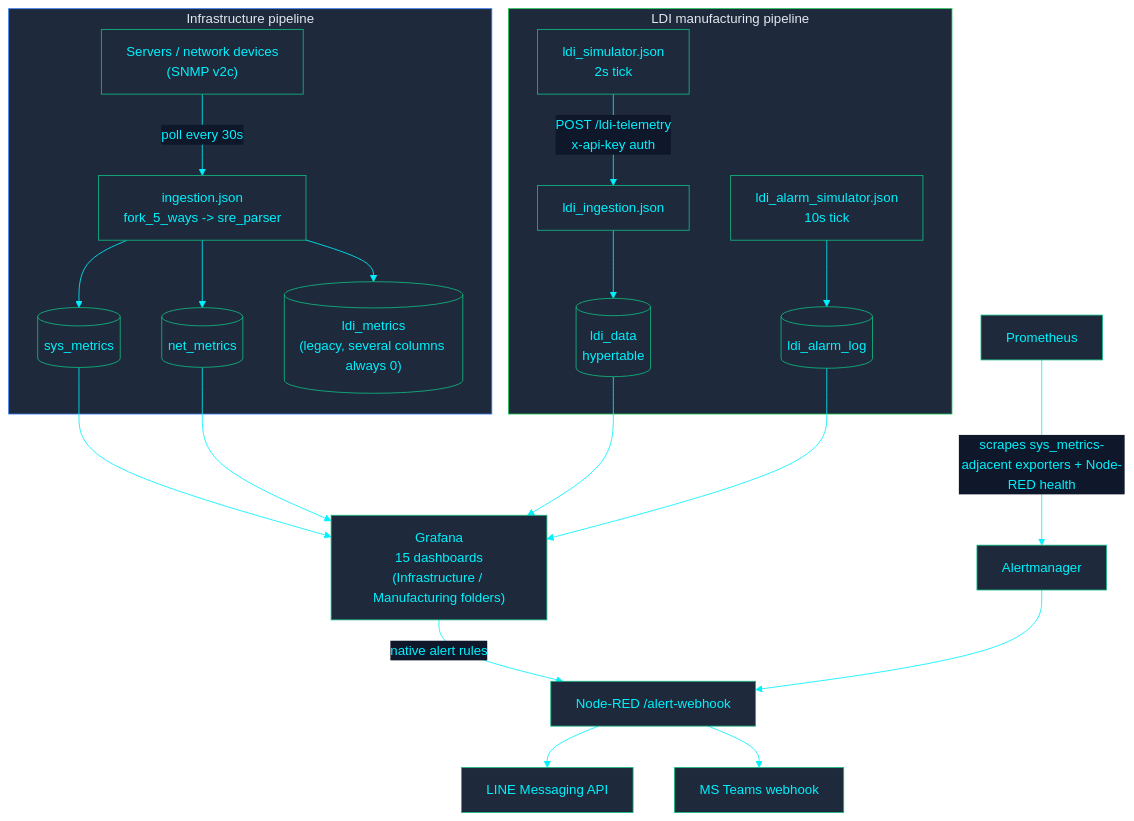
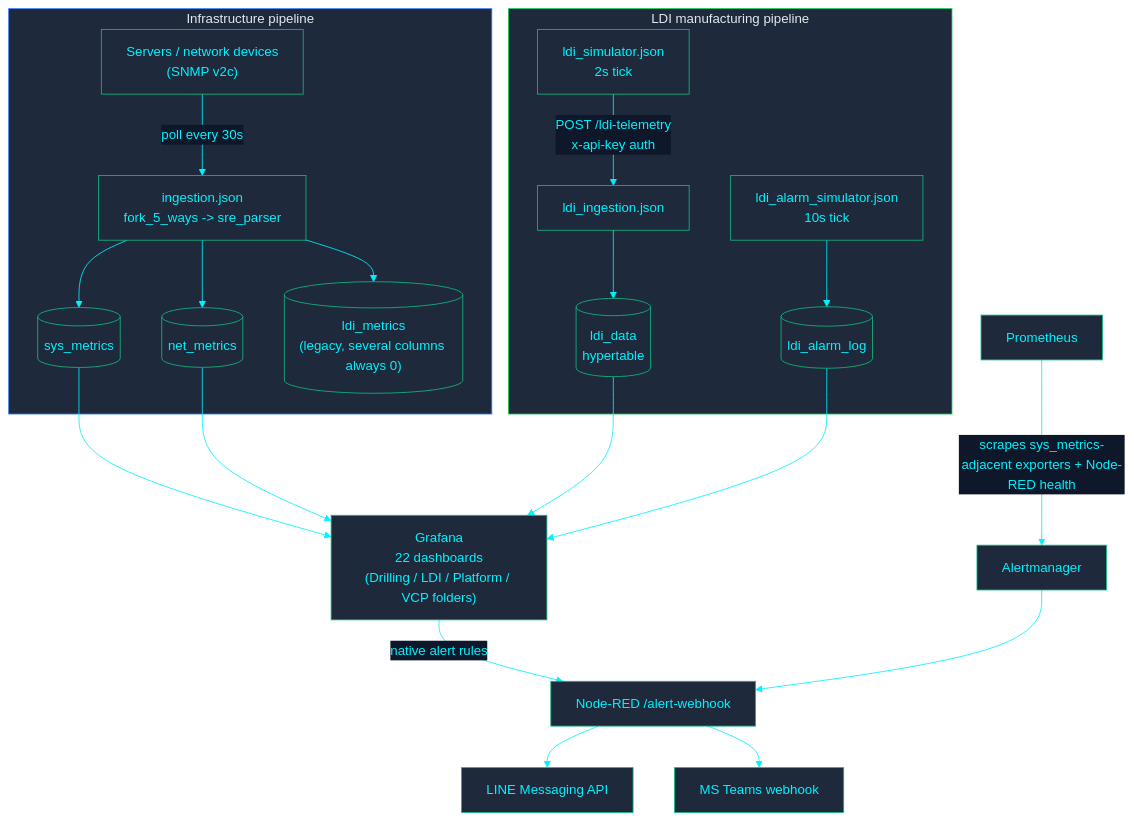
The first of 3 diagrams in docs/architecture/DATA_FLOW.md (PATTANAKORN025/IMS), drawn with Mermaid before and after one commit. The commit also changed 91 other files, not shown here.

First line of the commit message:
feat(drilling-vcp): drilling and VCP dashboards, eap_backup migrations and synthetic data (#25)

````diff
--- a/docs/architecture/DATA_FLOW.md
+++ b/docs/architecture/DATA_FLOW.md
@@ -18,30 +18,30 @@
 ```mermaid
 %%{init: {'theme': 'base', 'themeVariables': { 'primaryColor': '#1e293b', 'primaryTextColor': '#00F2FE', 'primaryBorderColor': '#10B981', 'lineColor': '#00F2FE', 'secondaryColor': '#0f172a', 'tertiaryColor': '#0f172a', 'clusterBkg': '#030407', 'clusterBorder': '#00F2FE'}}}%%
 flowchart TB
  subgraph INFRA["Infrastructure pipeline"]
   DEV["Servers / network devices\n(SNMP v2c)"] -->|"poll every 30s"| WALK["ingestion.json\nfork_5_ways -> sre_parser"]
   WALK --> SYS[("sys_metrics")]
   WALK --> NET[("net_metrics")]
   WALK --> LDIM[("ldi_metrics\n(legacy, several columns always 0)")]
  end
 
  subgraph LDI["LDI manufacturing pipeline"]
   SIM["ldi_simulator.json\n2s tick"] -->|"POST /ldi-telemetry\nx-api-key auth"| ING["ldi_ingestion.json"]
   ING --> LDID[("ldi_data\nhypertable")]
   ALMSIM["ldi_alarm_simulator.json\n10s tick"] --> ALOG[("ldi_alarm_log")]
  end
 
- SYS --> GRAFANA["Grafana\n15 dashboards\n(Infrastructure / Manufacturing folders)"]
+ SYS --> GRAFANA["Grafana\n22 dashboards\n(Drilling / LDI / Platform / VCP folders)"]
  NET --> GRAFANA
  LDID --> GRAFANA
  ALOG --> GRAFANA
 
  GRAFANA -->|"native alert rules"| WEBHOOK["Node-RED /alert-webhook"]
  PROM["Prometheus"] -->|"scrapes sys_metrics-adjacent exporters + Node-RED health"| AM["Alertmanager"]
  AM --> WEBHOOK
  WEBHOOK --> LINE["LINE Messaging API"]
  WEBHOOK --> TEAMS["MS Teams webhook"]
 
  style INFRA fill:#1e293b,stroke:#3b82f6,color:#e2e8f0
  style LDI fill:#1e293b,stroke:#22c55e,color:#e2e8f0
 ```
````
